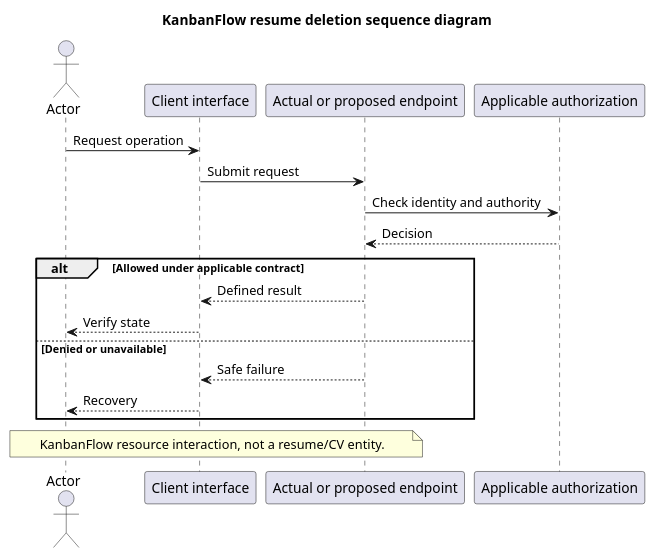
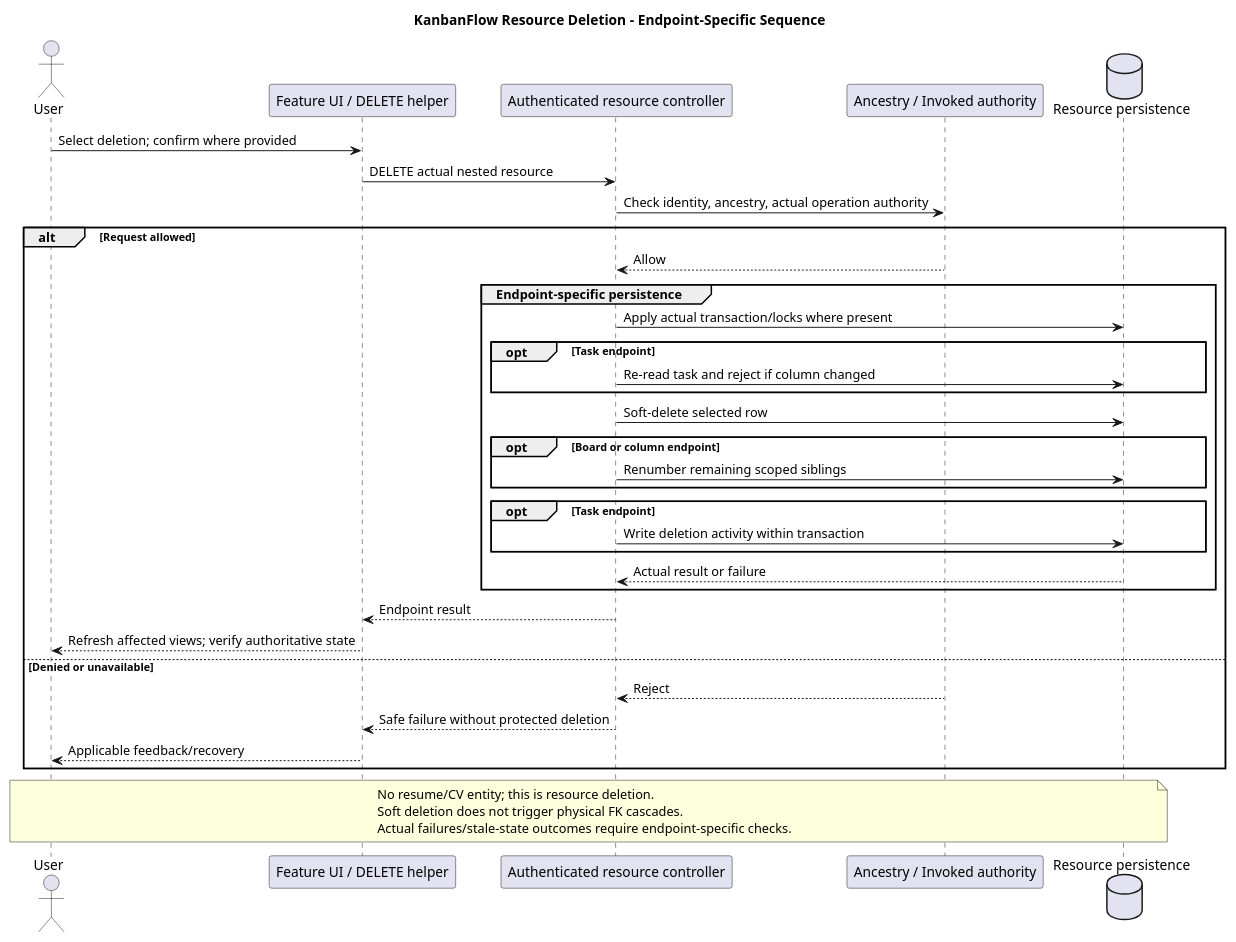
One commit to Farhad-Valizadegan/Web-KanbanFlow changed the diagram in docs/SDLC/04-design/resume-deletion-sequence-diagram.md. Above: the diagram before and after it, drawn with PlantUML. The commit also changed other lines of this file and 2 other files, not shown here.

Commit message:
docs: complete resource deletion authority lifecycle and sequence

````diff
--- a/docs/SDLC/04-design/resume-deletion-sequence-diagram.md
+++ b/docs/SDLC/04-design/resume-deletion-sequence-diagram.md
@@ -30,21 +107,41 @@
 ```plantuml
 @startuml
-title KanbanFlow resume deletion sequence diagram
-actor Actor
-participant "Client interface" as UI
-participant "Actual or proposed endpoint" as API
-participant "Applicable authorization" as Policy
-Actor -> UI : Request operation
-UI -> API : Submit request
-API -> Policy : Check identity and authority
-Policy --> API : Decision
-alt Allowed under applicable contract
- API --> UI : Defined result
- UI --> Actor : Verify state
+title KanbanFlow Resource Deletion - Endpoint-Specific Sequence
+actor User
+participant "Feature UI / DELETE helper" as Client
+participant "Authenticated resource controller" as API
+participant "Ancestry / Invoked authority" as Rules
+database "Resource persistence" as DB
+User -> Client : Select deletion; confirm where provided
+Client -> API : DELETE actual nested resource
+API -> Rules : Check identity, ancestry, actual operation authority
+alt Request allowed
+ Rules --> API : Allow
+ group Endpoint-specific persistence
+  API -> DB : Apply actual transaction/locks where present
+  opt Task endpoint
+   API -> DB : Re-read task and reject if column changed
+  end
+  API -> DB : Soft-delete selected row
+  opt Board or column endpoint
+   API -> DB : Renumber remaining scoped siblings
+  end
+  opt Task endpoint
+   API -> DB : Write deletion activity within transaction
+  end
+  DB --> API : Actual result or failure
+ end
+ API --> Client : Endpoint result
+ Client --> User : Refresh affected views; verify authoritative state
 else Denied or unavailable
- API --> UI : Safe failure
- UI --> Actor : Recovery
+ Rules --> API : Reject
+ API --> Client : Safe failure without protected deletion
+ Client --> User : Applicable feedback/recovery
 end
-note over Actor, API : KanbanFlow resource interaction, not a resume/CV entity.
+note over User, DB
+No resume/CV entity; this is resource deletion.
+Soft deletion does not trigger physical FK cascades.
+Actual failures/stale-state outcomes require endpoint-specific checks.
+end note
 @enduml
 ```
````
